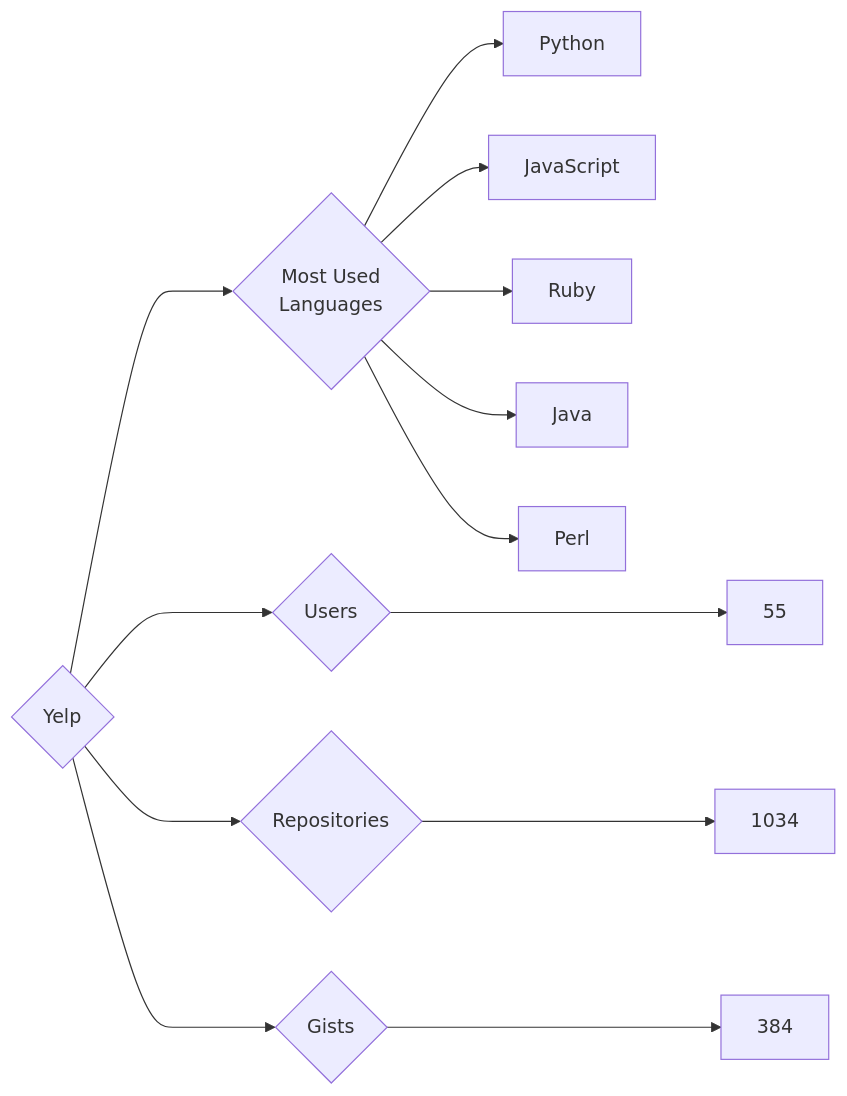
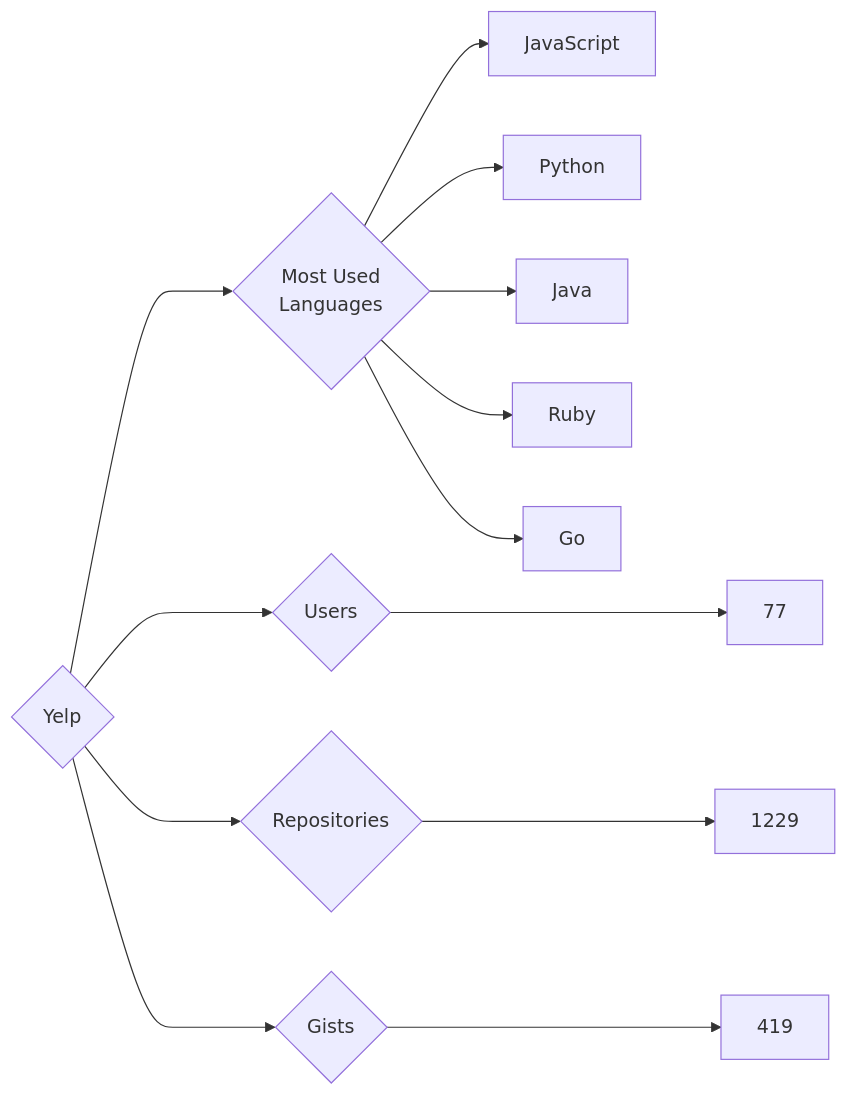
Before and after one commit to trickest/insiders: the diagram in targets/Yelp/README.md, drawn with Mermaid. The commit also changed 833 other files, not shown here.

````diff
--- a/targets/Yelp/README.md
+++ b/targets/Yelp/README.md
@@ -3,13 +3,13 @@
 ```mermaid
 graph LR
 COMPANY_NAME{Yelp}
-COMPANY_NAME ---> U{Users} ---> UN[55]
-COMPANY_NAME ---> R{Repositories} ---> RN[1034]
-COMPANY_NAME ---> G{Gists} ---> GN[384]
+COMPANY_NAME ---> U{Users} ---> UN[77]
+COMPANY_NAME ---> R{Repositories} ---> RN[1229]
+COMPANY_NAME ---> G{Gists} ---> GN[419]
 COMPANY_NAME ---> ML{Most Used<br>Languages}
+ML --> JavaScript[JavaScript]
 ML --> Python[Python]
-ML --> JavaScript[JavaScript]
+ML --> Java[Java]
 ML --> Ruby[Ruby]
-ML --> Java[Java]
-ML --> Perl[Perl]
+ML --> Go[Go]
 ```
````
